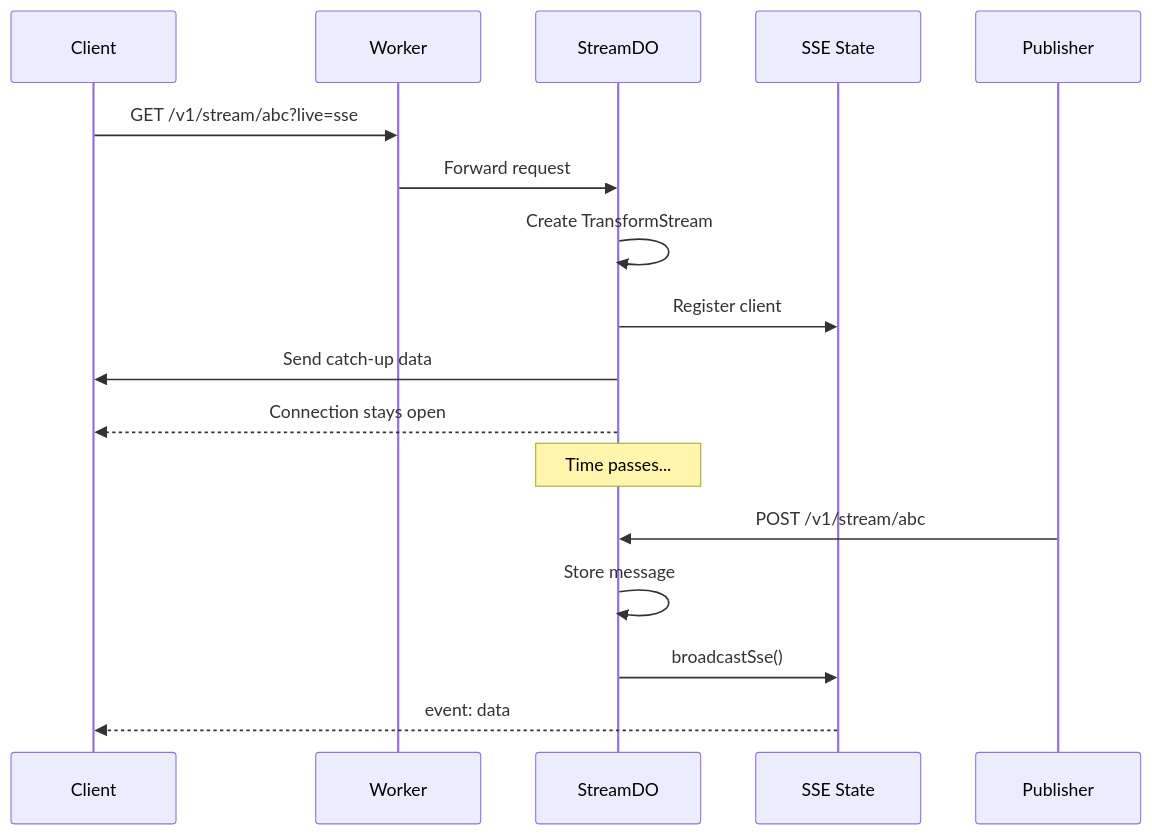
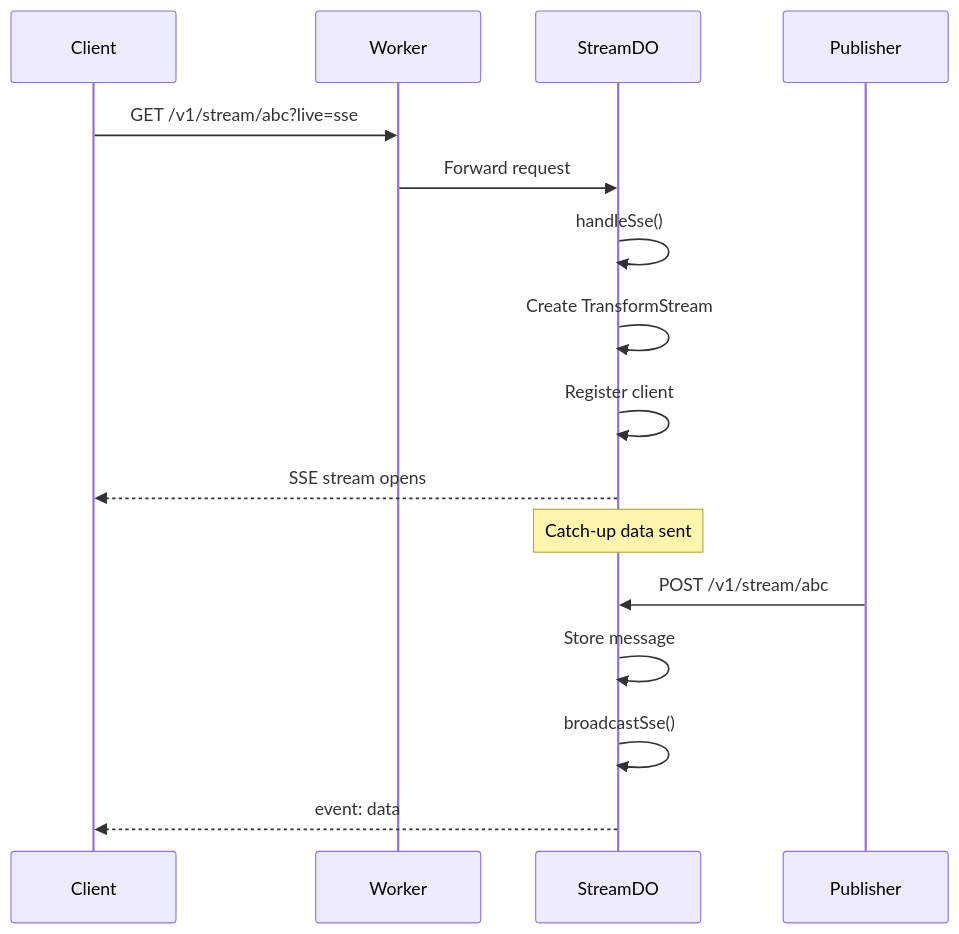
Before and after one commit to commoncurriculum/durable-streams-cloudflare: the third of 3 diagrams in packages/durable-stream-core/docs/walkthrough.md, drawn with Mermaid. The commit also changed other lines of this file and 2 other files, not shown here.

````diff
--- a/packages/durable-stream-core/docs/walkthrough.md
+++ b/packages/durable-stream-core/docs/walkthrough.md
@@ -530,22 +268,21 @@
 ```mermaid
 sequenceDiagram
     participant C as Client
     participant W as Worker
     participant DO as StreamDO
-    participant SSE as SSE State
 
     C->>W: GET /v1/stream/abc?live=sse
     W->>DO: Forward request
+    DO->>DO: handleSse()
     DO->>DO: Create TransformStream
-    DO->>SSE: Register client
-    DO->>C: Send catch-up data
-    DO-->>C: Connection stays open
+    DO->>DO: Register client
+    DO-->>C: SSE stream opens
 
-    Note over DO: Time passes...
+    Note over DO: Catch-up data sent
 
     participant P as Publisher
     P->>DO: POST /v1/stream/abc
     DO->>DO: Store message
-    DO->>SSE: broadcastSse()
-    SSE-->>C: event: data
+    DO->>DO: broadcastSse()
+    DO-->>C: event: data
 ```
````
